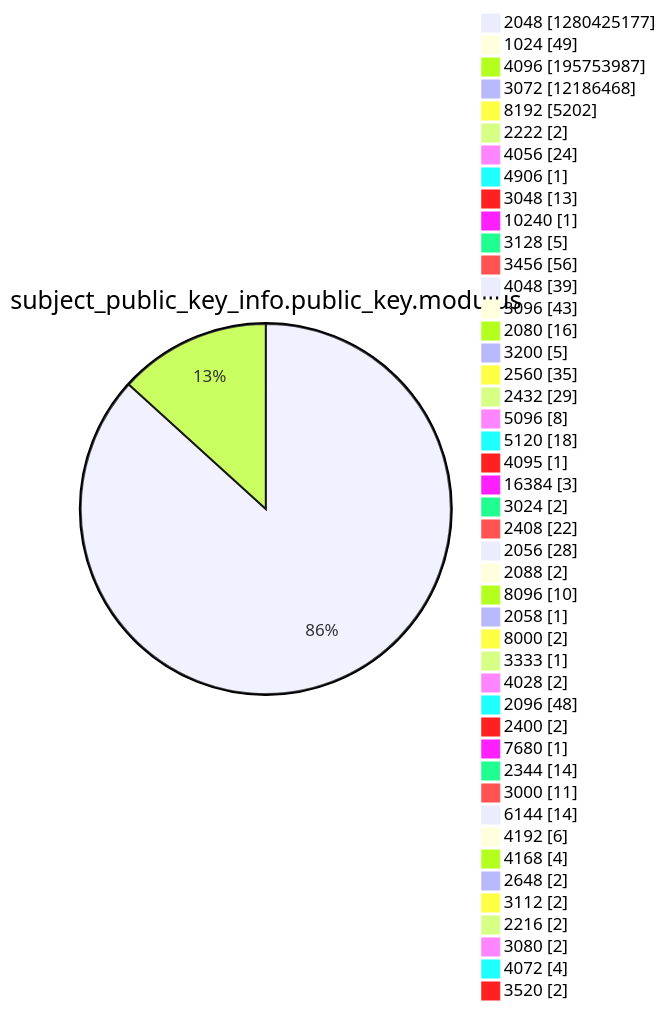
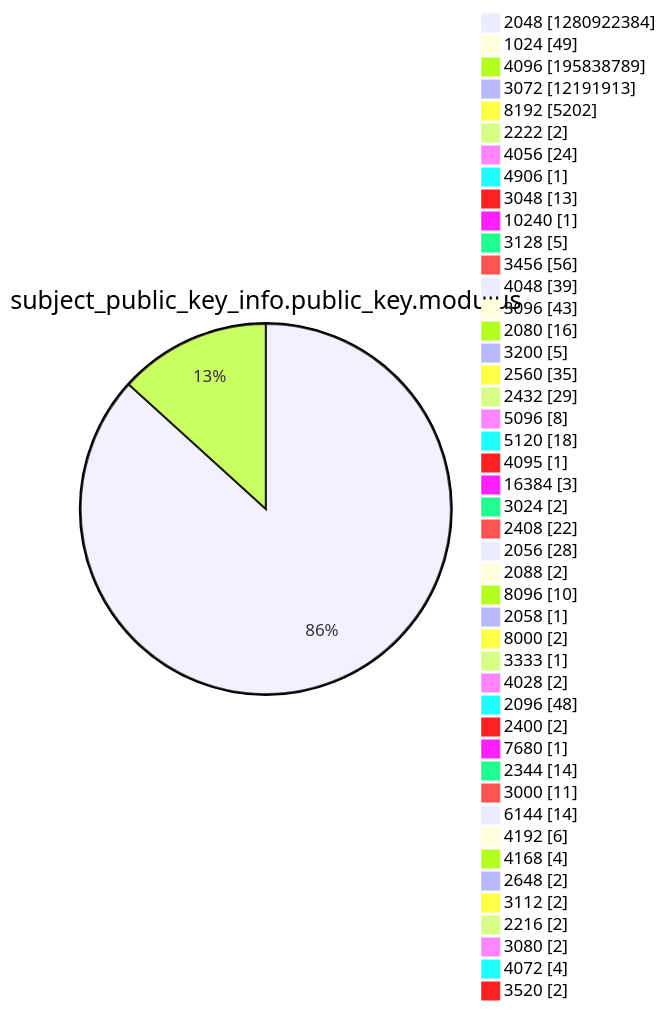
Diagram 13 of 15 in xenon2022/README.md (christiankrug/ctmonitor_visualization), drawn with Mermaid before and after one commit. The commit also changed other lines of this file, not shown here.

````diff
--- a/xenon2022/README.md
+++ b/xenon2022/README.md
@@ -3920,49 +3920,49 @@
 ```mermaid
 pie showData
 title subject_public_key_info.public_key.modulus
-"2048" :1280425177
+"2048" :1280922384
 "1024" :49
-"4096" :195753987
-"3072" :12186468
+"4096" :195838789
+"3072" :12191913
 "8192" :5202
 "2222" :2
 "4056" :24
 "4906" :1
 "3048" :13
 "10240" :1
 "3128" :5
 "3456" :56
 "4048" :39
 "3096" :43
 "2080" :16
 "3200" :5
 "2560" :35
 "2432" :29
 "5096" :8
 "5120" :18
 "4095" :1
 "16384" :3
 "3024" :2
 "2408" :22
 "2056" :28
 "2088" :2
 "8096" :10
 "2058" :1
 "8000" :2
 "3333" :1
 "4028" :2
 "2096" :48
 "2400" :2
 "7680" :1
 "2344" :14
 "3000" :11
 "6144" :14
 "4192" :6
 "4168" :4
 "2648" :2
 "3112" :2
 "2216" :2
 "3080" :2
 "4072" :4
 "3520" :2
 ```
````
